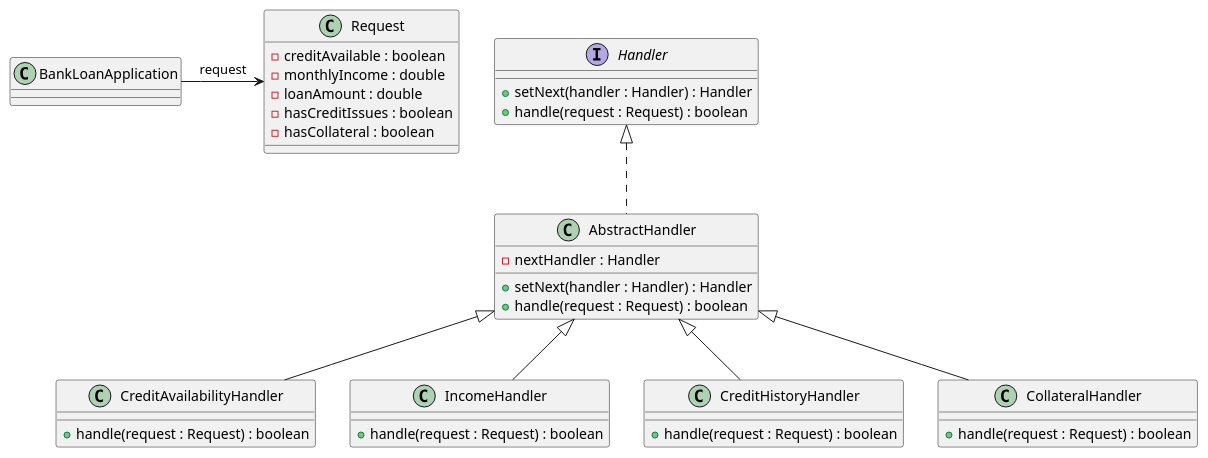
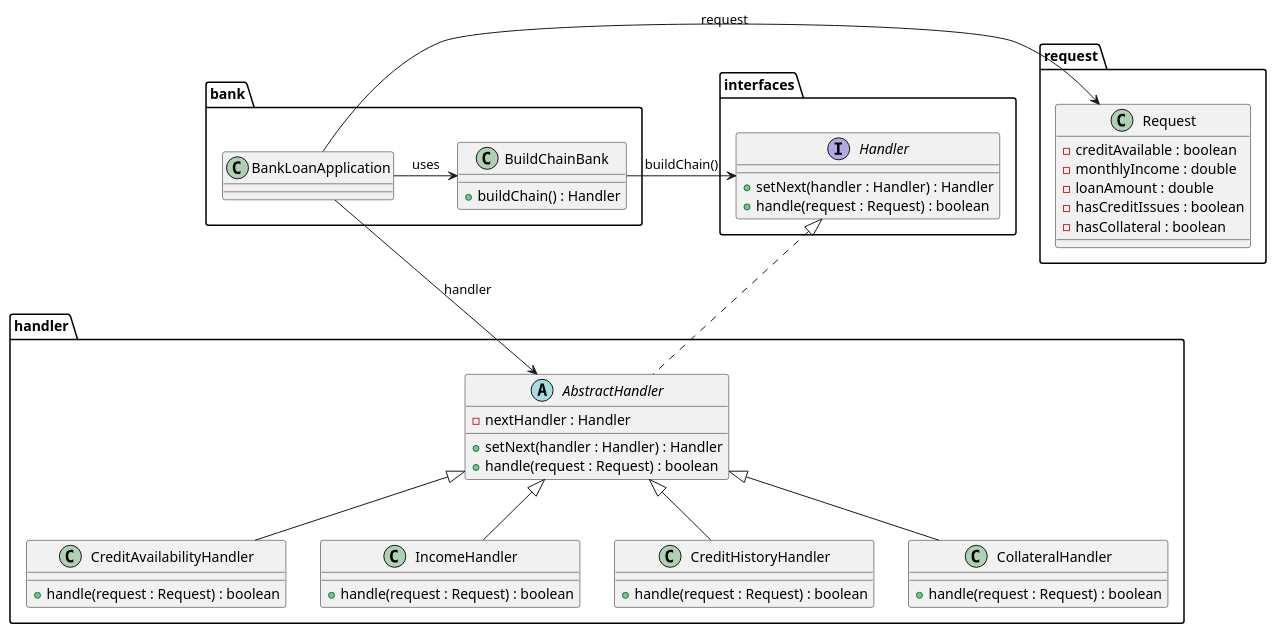
The diagram in bank_loan_chain/doc/bank.wsd (thalesfb/POO2), drawn with PlantUML before and after one commit. The commit also changed 9 other files, not shown here.

```diff
--- a/bank_loan_chain/doc/bank.wsd
+++ b/bank_loan_chain/doc/bank.wsd
@@ -1,49 +1,63 @@
 @startuml bank-loan-approval
 
-interface Handler {
-    +setNext(handler : Handler) : Handler
-    +handle(request : Request) : boolean
+package interfaces {
+    interface Handler {
+        +setNext(handler : Handler) : Handler
+        +handle(request : Request) : boolean
+    }
 }
 
-class AbstractHandler {
-    -nextHandler : Handler
-    +setNext(handler : Handler) : Handler
-    +handle(request : Request) : boolean
+package handler {
+    abstract class AbstractHandler {
+        -nextHandler : Handler
+        +setNext(handler : Handler) : Handler
+        +handle(request : Request) : boolean
+    }
+
+    class CreditAvailabilityHandler {
+        +handle(request : Request) : boolean
+    }
+
+    class IncomeHandler {
+        +handle(request : Request) : boolean
+    }
+
+    class CreditHistoryHandler {
+        +handle(request : Request) : boolean
+    }
+
+    class CollateralHandler {
+        +handle(request : Request) : boolean
+    }
 }
 
-class CreditAvailabilityHandler {
-    +handle(request : Request) : boolean
+package request {
+    class Request {
+        -creditAvailable : boolean
+        -monthlyIncome : double
+        -loanAmount : double
+        -hasCreditIssues : boolean
+        -hasCollateral : boolean
+    }
 }
 
-class IncomeHandler {
-    +handle(request : Request) : boolean
+package bank {
+    class BankLoanApplication {
+    }
+
+    class BuildChainBank {
+        +buildChain() : Handler
+    }
 }
 
-class CreditHistoryHandler {
-    +handle(request : Request) : boolean
-}
-
-class CollateralHandler {
-    +handle(request : Request) : boolean
-}
-
-class Request {
-    -creditAvailable : boolean
-    -monthlyIncome : double
-    -loanAmount : double
-    -hasCreditIssues : boolean
-    -hasCollateral : boolean
-}
-
-class BankLoanApplication {
-    
-}
-
+BankLoanApplication -> AbstractHandler : handler
+Handler <|.. AbstractHandler
 BankLoanApplication -> Request : request
-Handler <|.. AbstractHandler
 AbstractHandler <|-- CreditAvailabilityHandler
 AbstractHandler <|-- IncomeHandler
 AbstractHandler <|-- CreditHistoryHandler
 AbstractHandler <|-- CollateralHandler
+BankLoanApplication -> BuildChainBank : uses
+BuildChainBank -> Handler : buildChain()
 
 @enduml
```
